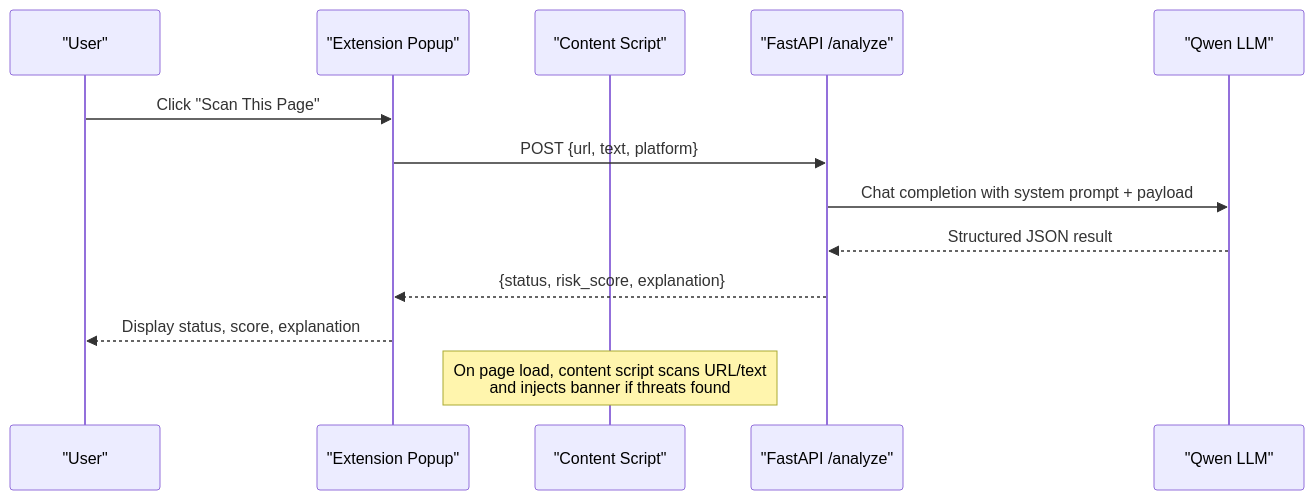
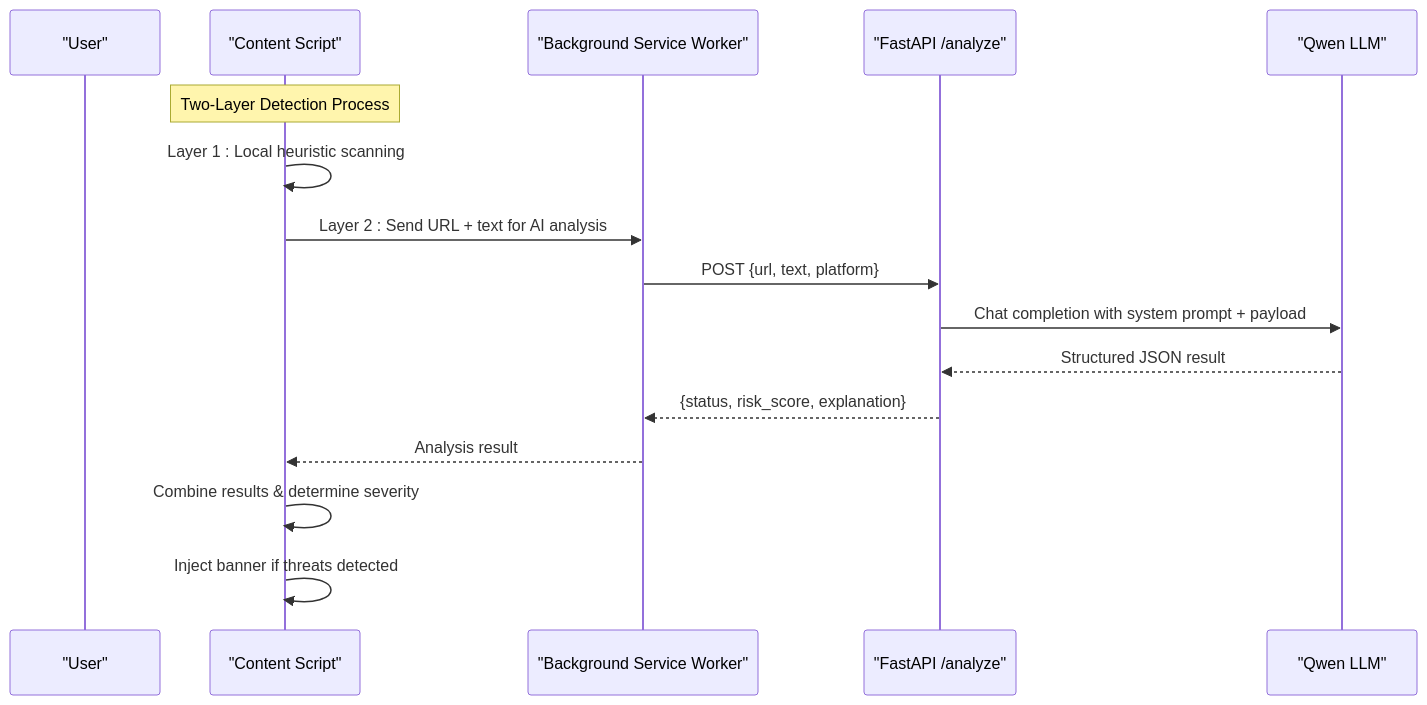
Before and after one commit to Aymanaahh/scrollguard-ai: the second of 7 diagrams in .qoder/repowiki/en/content/Chrome Extension Development.md, drawn with Mermaid. The commit also changed other lines of this file and 38 other files, not shown here.

````diff
--- a/.qoder/repowiki/en/content/Chrome Extension Development.md
+++ b/.qoder/repowiki/en/content/Chrome Extension Development.md
@@ -92,15 +107,18 @@
 ```mermaid
 sequenceDiagram
 participant User as "User"
-participant Ext as "Extension Popup"
 participant CS as "Content Script"
+participant BG as "Background Service Worker"
 participant API as "FastAPI /analyze"
 participant LLM as "Qwen LLM"
-User->>Ext : Click "Scan This Page"
-Ext->>API : POST {url, text, platform}
+Note over CS : Two-Layer Detection Process
+CS->>CS : Layer 1 : Local heuristic scanning
+CS->>BG : Layer 2 : Send URL + text for AI analysis
+BG->>API : POST {url, text, platform}
 API->>LLM : Chat completion with system prompt + payload
 LLM-->>API : Structured JSON result
-API-->>Ext : {status, risk_score, explanation}
-Ext-->>User : Display status, score, explanation
-Note over CS : On page load, content script scans URL/text<br/>and injects banner if threats found
+API-->>BG : {status, risk_score, explanation}
+BG-->>CS : Analysis result
+CS->>CS : Combine results & determine severity
+CS->>CS : Inject banner if threats detected
 ```
````
